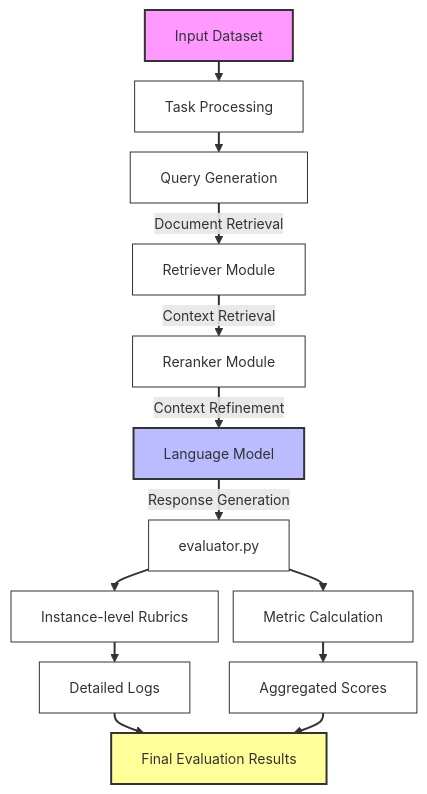
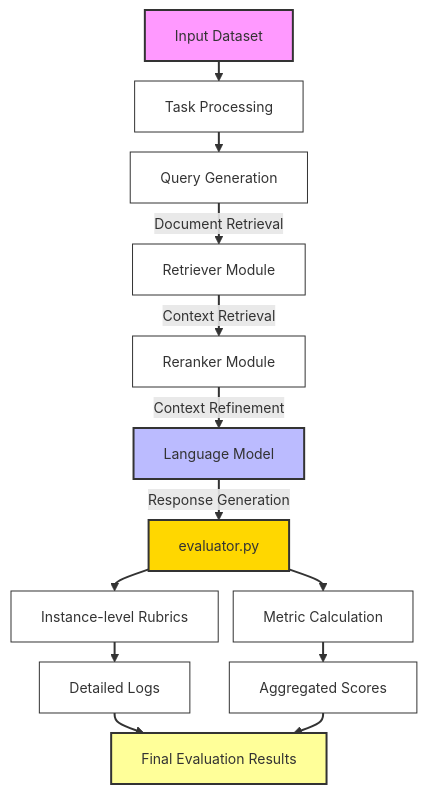
Before and after one commit to hoorangyee/LRAGE: the diagram in README.md, drawn with Mermaid.

````diff
--- a/README.md
+++ b/README.md
@@ -28,31 +28,32 @@
 ```mermaid
 %%{init: {'theme': 'default', 'themeVariables': { 'fontSize': '14px'}, "flowchart": {"nodeSpacing": 15, "rankSpacing": 20, "htmlLabels": true}} }%%
 
 flowchart TD
     A[Input Dataset] --> B[Task Processing]
     B --> D[Query Generation]
     
     D -->|Document Retrieval| E[Retriever Module]
     E -->|Context Retrieval| F[Reranker Module]
     
     F -->|Context Refinement| J[Language Model]
     
     J -->|Response Generation| K[evaluator.py]
     K --> M[Instance-level Rubrics]
     K --> N[Metric Calculation]
     
     M --> O[Detailed Logs]
     N --> P[Aggregated Scores]
     
     O --> Q[Final Evaluation Results]
     P --> Q
     
     style A fill:#f9f,stroke:#333,stroke-width:2px
     style J fill:#bbf,stroke:#333,stroke-width:2px
+    style K fill:#ffd700,stroke:#333,stroke-width:2px
     style Q fill:#ff9,stroke:#333,stroke-width:2px
 
     linkStyle default stroke-width:2px
     
     classDef default fill:#fff,stroke:#333,stroke-width:1px
     classDef node text-align:center
 ```
````
